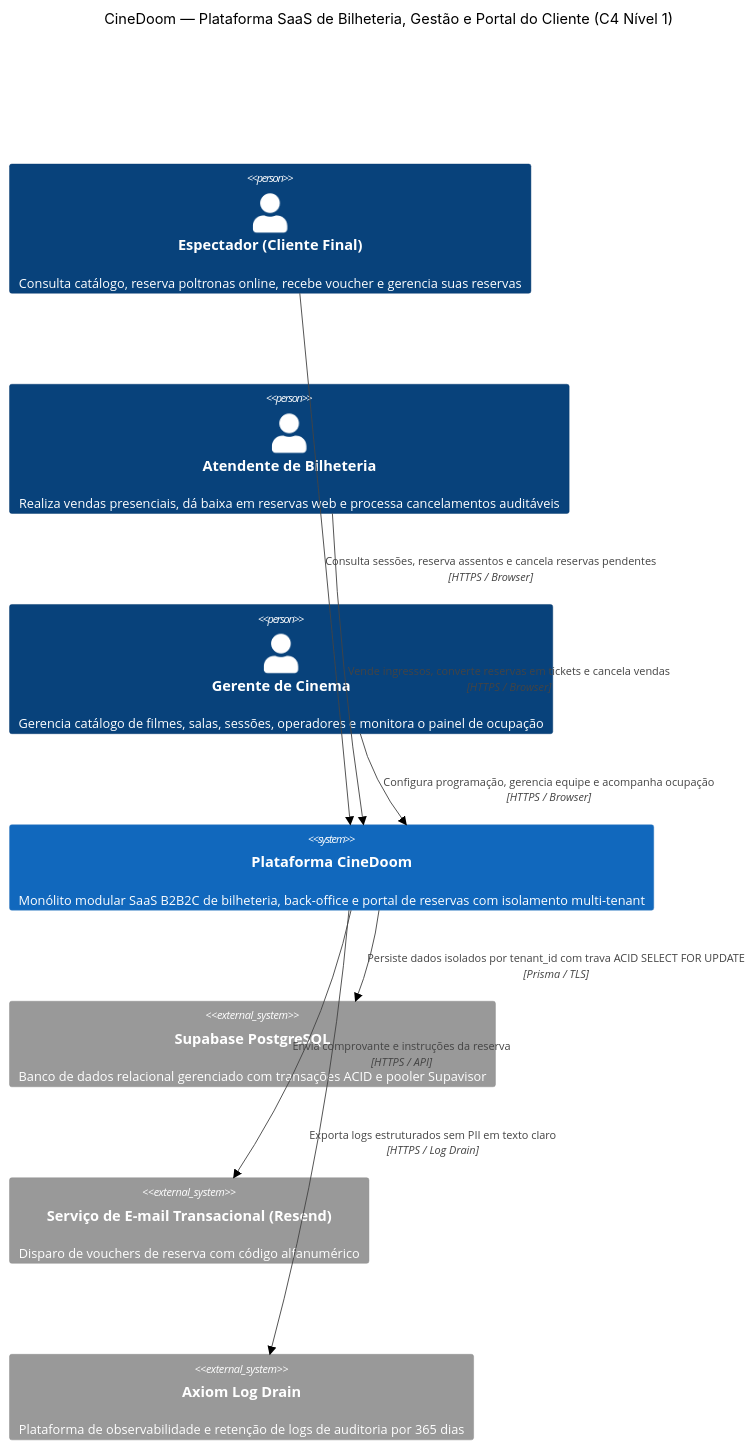
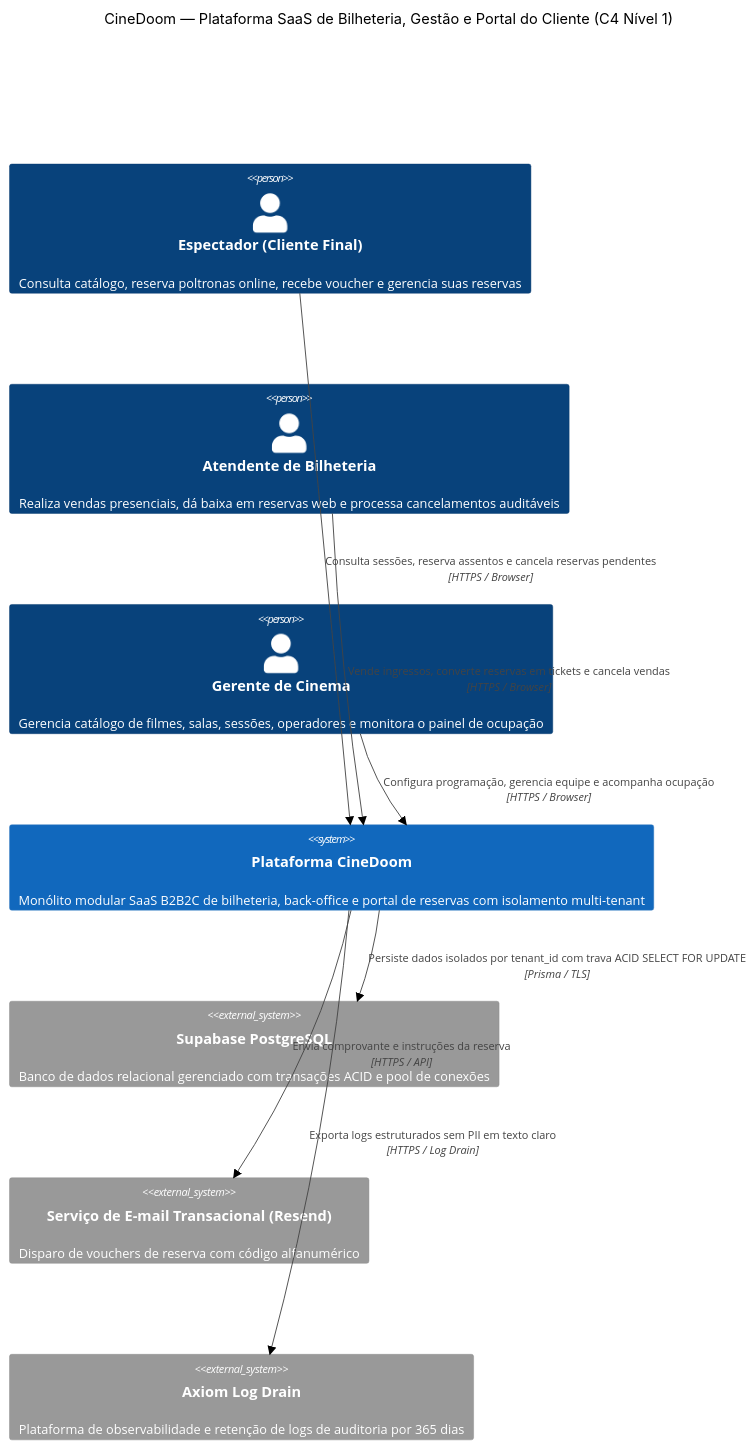
Before and after one commit to CINESOFT-SOLUTIONS/manual-processos-software: the first of 2 diagrams in specs/architecture/solution-architecture.md, drawn with Mermaid (forest theme). The commit also changed other lines of this file and 11 other files, not shown here.

````diff
--- a/specs/architecture/solution-architecture.md
+++ b/specs/architecture/solution-architecture.md
@@ -122,17 +122,17 @@
 ```mermaid
 C4Context
   title CineDoom — Plataforma SaaS de Bilheteria, Gestão e Portal do Cliente (C4 Nível 1)
   Person(espectador, "Espectador (Cliente Final)", "Consulta catálogo, reserva poltronas online, recebe voucher e gerencia suas reservas")
   Person(atendente, "Atendente de Bilheteria", "Realiza vendas presenciais, dá baixa em reservas web e processa cancelamentos auditáveis")
   Person(gerente, "Gerente de Cinema", "Gerencia catálogo de filmes, salas, sessões, operadores e monitora o painel de ocupação")
   System(cinedoom, "Plataforma CineDoom", "Monólito modular SaaS B2B2C de bilheteria, back-office e portal de reservas com isolamento multi-tenant")
-  System_Ext(db, "Supabase PostgreSQL", "Banco de dados relacional gerenciado com transações ACID e pooler Supavisor")
+  System_Ext(db, "Supabase PostgreSQL", "Banco de dados relacional gerenciado com transações ACID e pool de conexões")
   System_Ext(email, "Serviço de E-mail Transacional (Resend)", "Disparo de vouchers de reserva com código alfanumérico")
   System_Ext(axiom, "Axiom Log Drain", "Plataforma de observabilidade e retenção de logs de auditoria por 365 dias")
   Rel(espectador, cinedoom, "Consulta sessões, reserva assentos e cancela reservas pendentes", "HTTPS / Browser")
   Rel(atendente, cinedoom, "Vende ingressos, converte reservas em tickets e cancela vendas", "HTTPS / Browser")
   Rel(gerente, cinedoom, "Configura programação, gerencia equipe e acompanha ocupação", "HTTPS / Browser")
   Rel(cinedoom, db, "Persiste dados isolados por tenant_id com trava ACID SELECT FOR UPDATE", "Prisma / TLS")
   Rel(cinedoom, email, "Envia comprovante e instruções da reserva", "HTTPS / API")
   Rel(cinedoom, axiom, "Exporta logs estruturados sem PII em texto claro", "HTTPS / Log Drain")
 ```
````
